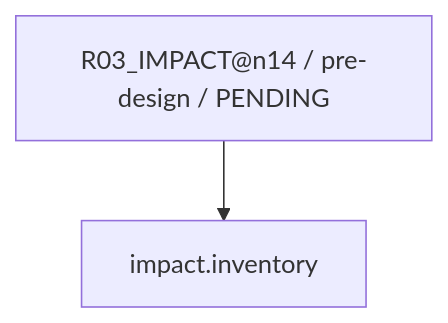
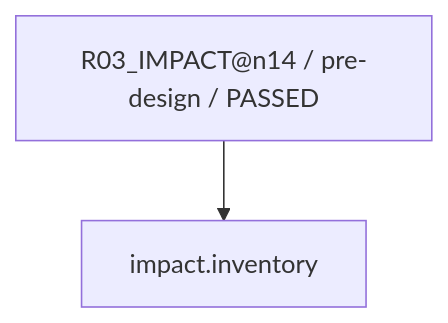
Diagram 12 of 28 in work/items/W-MATH-048-n1314-source-audit/generated/CAPABILITY_FIRE_DIAGRAM.md (rrikunagasige-dot/kyotsu-step-web), drawn with Mermaid before and after one commit. The commit also changed other lines of this file and 471 other files, not shown here.

````diff
--- a/work/items/W-MATH-048-n1314-source-audit/generated/CAPABILITY_FIRE_DIAGRAM.md
+++ b/work/items/W-MATH-048-n1314-source-audit/generated/CAPABILITY_FIRE_DIAGRAM.md
@@ -186,6 +186,6 @@
 ```mermaid
 flowchart TD
-  N0["R03_IMPACT@n14 / pre-design / PENDING"]
+  N0["R03_IMPACT@n14 / pre-design / PASSED"]
   N1["impact.inventory"]
   N0 --> N1
 ```
````
